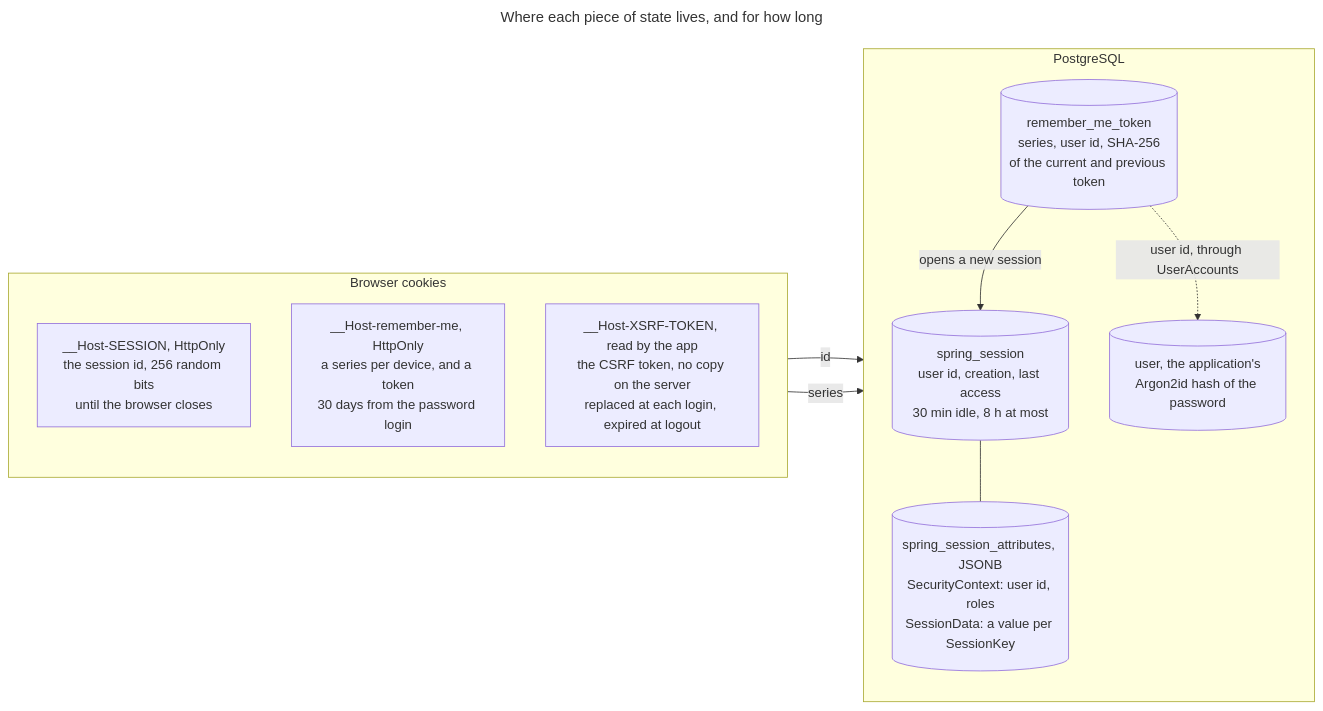
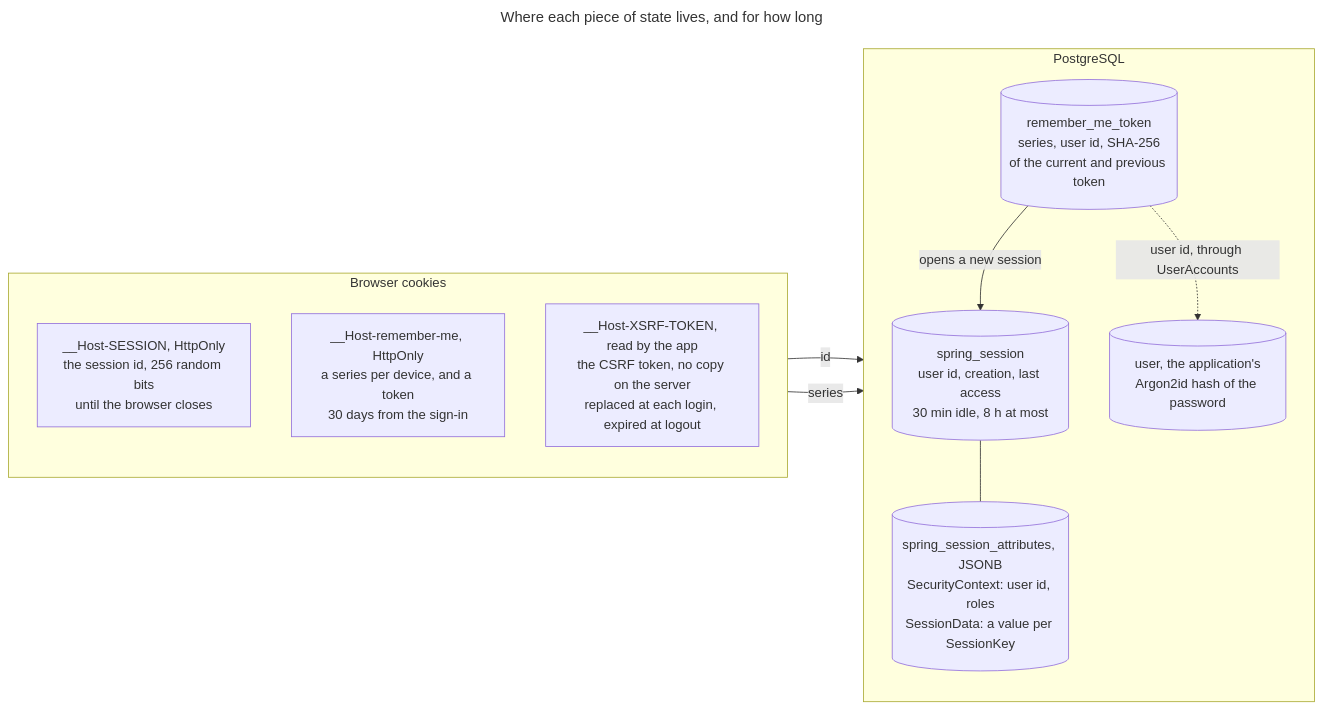
The sixth of 8 diagrams in docs/src/engineering/security/principles.md (mboisnard/drinkit), drawn with Mermaid before and after one commit. The commit also changed other lines of this file and 7 other files, not shown here.

````diff
--- a/docs/src/engineering/security/principles.md
+++ b/docs/src/engineering/security/principles.md
@@ -214,24 +182,24 @@
 ```mermaid
 ---
 title: Where each piece of state lives, and for how long
 ---
 flowchart LR
   subgraph browser["Browser cookies"]
     direction TB
     sessionCookie["__Host-SESSION, HttpOnly<br/>the session id, 256 random bits<br/>until the browser closes"]
-    rememberCookie["__Host-remember-me, HttpOnly<br/>a series per device, and a token<br/>30 days from the password login"]
+    rememberCookie["__Host-remember-me, HttpOnly<br/>a series per device, and a token<br/>30 days from the sign-in"]
     xsrfCookie["__Host-XSRF-TOKEN, read by the app<br/>the CSRF token, no copy on the server<br/>replaced at each login, expired at logout"]
   end
   subgraph postgres["PostgreSQL"]
     direction TB
     session[("spring_session<br/>user id, creation, last access<br/>30 min idle, 8 h at most")]
     attributes[("spring_session_attributes, JSONB<br/>SecurityContext: user id, roles<br/>SessionData: a value per SessionKey")]
     remember[("remember_me_token<br/>series, user id, SHA-256<br/>of the current and previous token")]
     user[("user, the application's<br/>Argon2id hash of the password")]
   end
   sessionCookie -- "id" --> session
   session --- attributes
   rememberCookie -- "series" --> remember
   remember -- "opens a new session" --> session
   remember -. "user id, through UserAccounts" .-> user
 ```
````
